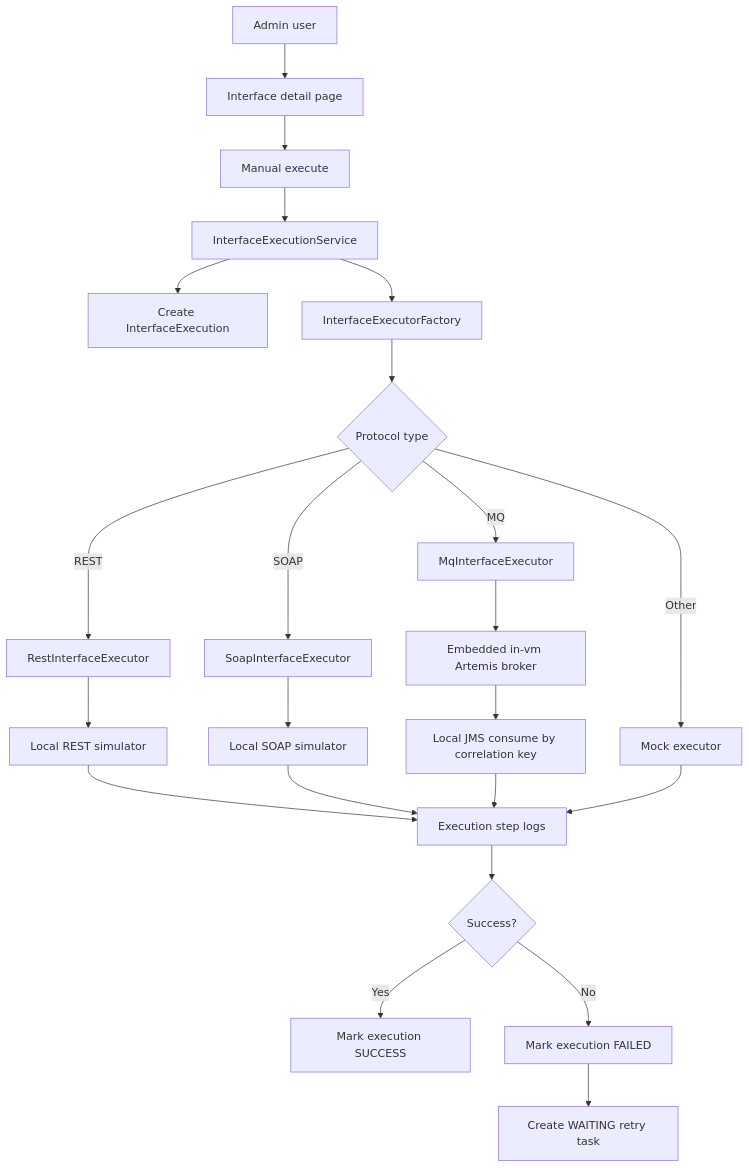
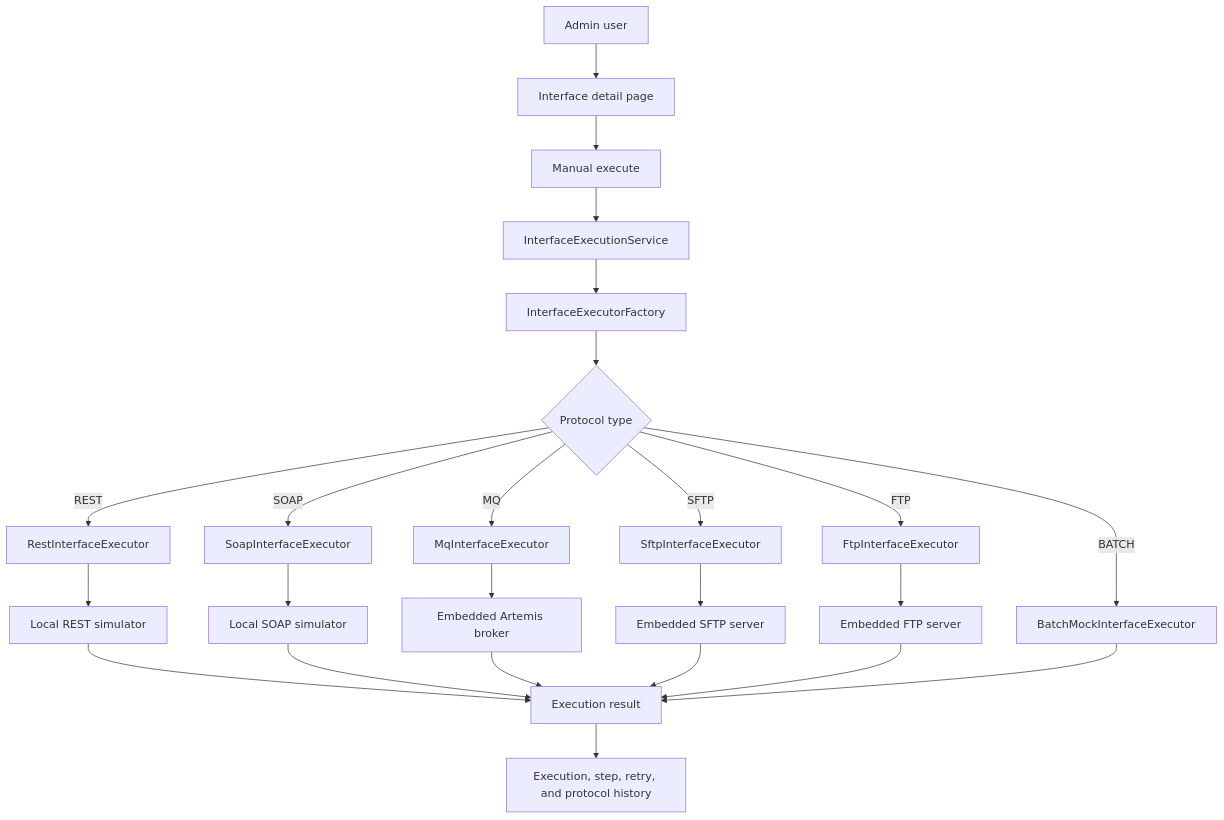
One commit to prozen99/Insurance_interface_hub changed the diagram in docs/02-architecture.md. Above: the diagram before and after it, drawn with Mermaid. The commit also changed other lines of this file and 9 other files, not shown here.

````diff
--- a/docs/02-architecture.md
+++ b/docs/02-architecture.md
@@ -24,25 +24,26 @@
 ```mermaid
 flowchart TD
     Admin["Admin user"] --> Detail["Interface detail page"]
     Detail --> Execute["Manual execute"]
     Execute --> Engine["InterfaceExecutionService"]
-    Engine --> Record["Create InterfaceExecution"]
     Engine --> Factory["InterfaceExecutorFactory"]
     Factory --> Protocol{"Protocol type"}
     Protocol -->|REST| Rest["RestInterfaceExecutor"]
     Protocol -->|SOAP| Soap["SoapInterfaceExecutor"]
     Protocol -->|MQ| Mq["MqInterfaceExecutor"]
-    Protocol -->|Other| Mock["Mock executor"]
+    Protocol -->|SFTP| Sftp["SftpInterfaceExecutor"]
+    Protocol -->|FTP| Ftp["FtpInterfaceExecutor"]
+    Protocol -->|BATCH| Batch["BatchMockInterfaceExecutor"]
     Rest --> RestSimulator["Local REST simulator"]
     Soap --> SoapSimulator["Local SOAP simulator"]
-    Mq --> Broker["Embedded in-vm Artemis broker"]
-    Broker --> Consume["Local JMS consume by correlation key"]
-    RestSimulator --> Steps["Execution step logs"]
-    SoapSimulator --> Steps
-    Consume --> Steps
-    Mock --> Steps
-    Steps --> Result{"Success?"}
-    Result -->|Yes| Success["Mark execution SUCCESS"]
-    Result -->|No| Failure["Mark execution FAILED"]
-    Failure --> Retry["Create WAITING retry task"]
+    Mq --> Broker["Embedded Artemis broker"]
+    Sftp --> SftpServer["Embedded SFTP server"]
+    Ftp --> FtpServer["Embedded FTP server"]
+    RestSimulator --> Result["Execution result"]
+    SoapSimulator --> Result
+    Broker --> Result
+    SftpServer --> Result
+    FtpServer --> Result
+    Batch --> Result
+    Result --> History["Execution, step, retry, and protocol history"]
 ```
````
